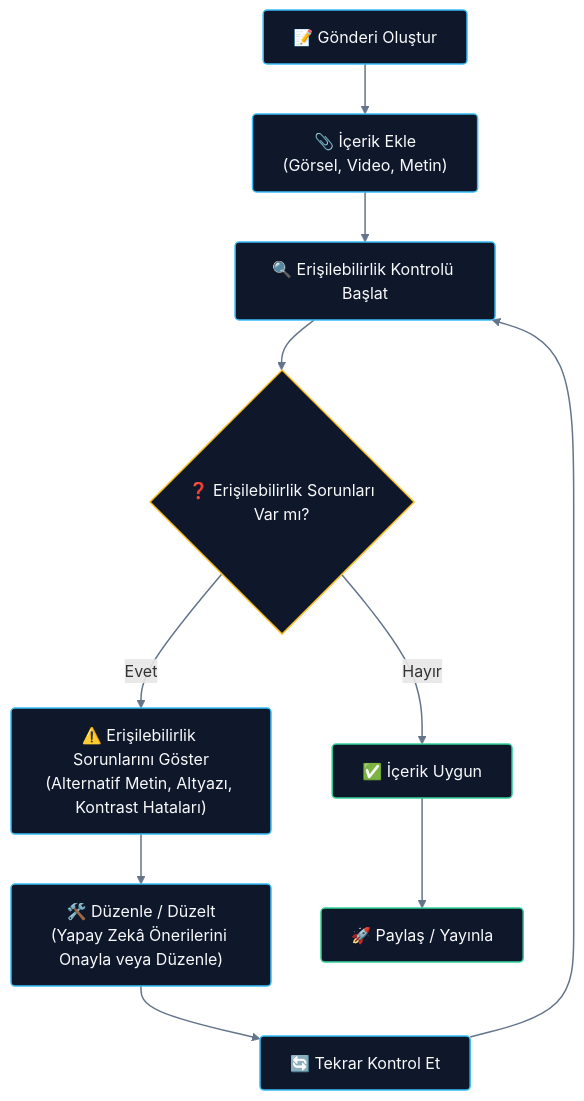
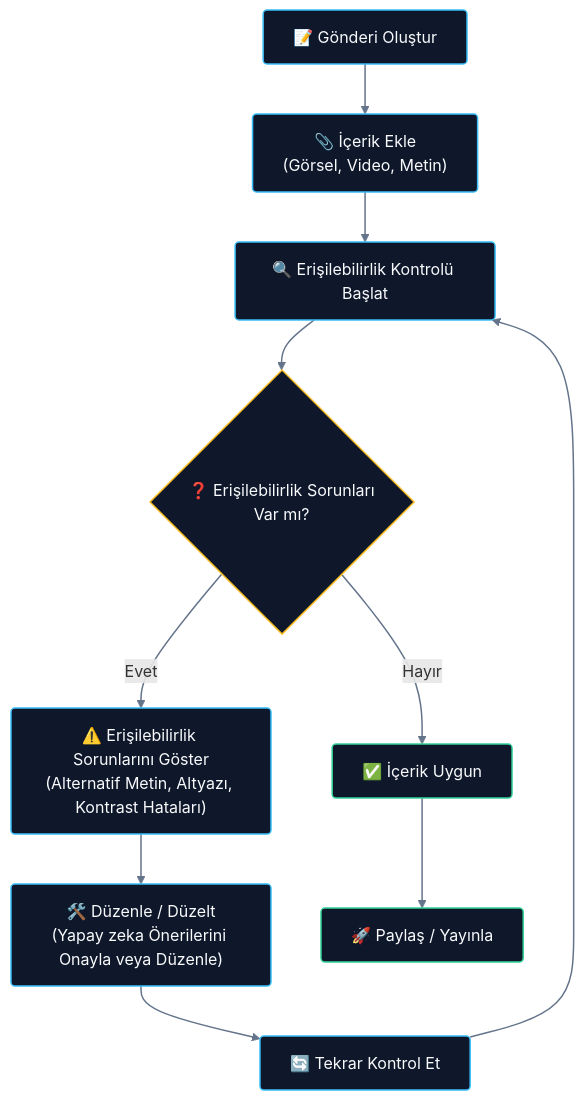
Before and after one commit to erisilebilir-destek/erisilebilir-destek: the second of 2 diagrams in nsosyal_inovasyon_teknik_raporu.md, drawn with Mermaid. The commit also changed other lines of this file, not shown here.

Commit message:
docs: set primary theme as Sosyal Yapay Zeka and remove circumflexes from zeka in report

````diff
--- a/nsosyal_inovasyon_teknik_raporu.md
+++ b/nsosyal_inovasyon_teknik_raporu.md
@@ -230,29 +231,29 @@
 ```mermaid
 flowchart TD
     %% Stil Tanımlamaları
     classDef step fill:#0f172a,stroke:#38bdf8,stroke-width:1.5px,color:#f8fafc,rx:4px,ry:4px;
     classDef decision fill:#0f172a,stroke:#fbbf24,stroke-width:1.5px,color:#f8fafc,rx:6px,ry:6px;
     classDef endstep fill:#0f172a,stroke:#34d399,stroke-width:1.5px,color:#f8fafc,rx:4px,ry:4px;
 
     Start["📝 Gönderi Oluştur"]:::step
     AddContent["📎 İçerik Ekle<br/>(Görsel, Video, Metin)"]:::step
     CheckAcc["🔍 Erişilebilirlik Kontrolü Başlat"]:::step
     Decision{"❓ Erişilebilirlik Sorunları<br/>Var mı?"}:::decision
     ShowIssues["⚠️ Erişilebilirlik Sorunlarını Göster<br/>(Alternatif Metin, Altyazı, Kontrast Hataları)"]:::step
-    EditContent["🛠️ Düzenle / Düzelt<br/>(Yapay Zekâ Önerilerini Onayla veya Düzenle)"]:::step
+    EditContent["🛠️ Düzenle / Düzelt<br/>(Yapay zeka Önerilerini Onayla veya Düzenle)"]:::step
     Recheck["🔄 Tekrar Kontrol Et"]:::step
     ContentOk["✅ İçerik Uygun"]:::endstep
     Publish["🚀 Paylaş / Yayınla"]:::endstep
 
     Start --> AddContent
     AddContent --> CheckAcc
     CheckAcc --> Decision
     Decision -- "Evet" --> ShowIssues
     ShowIssues --> EditContent
     EditContent --> Recheck
     Recheck --> CheckAcc
     Decision -- "Hayır" --> ContentOk
     ContentOk --> Publish
 
     linkStyle default stroke:#64748b,stroke-width:1.5px;
 ```
````
